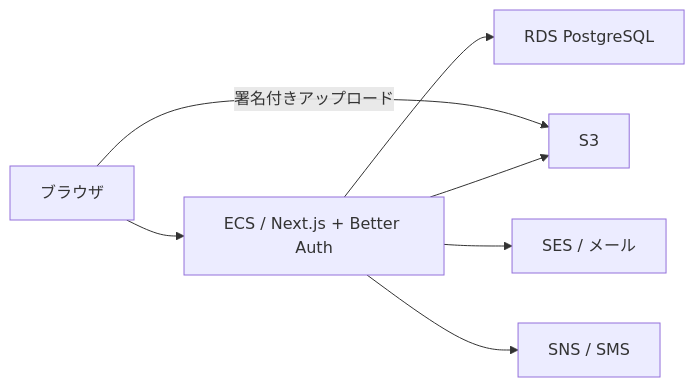
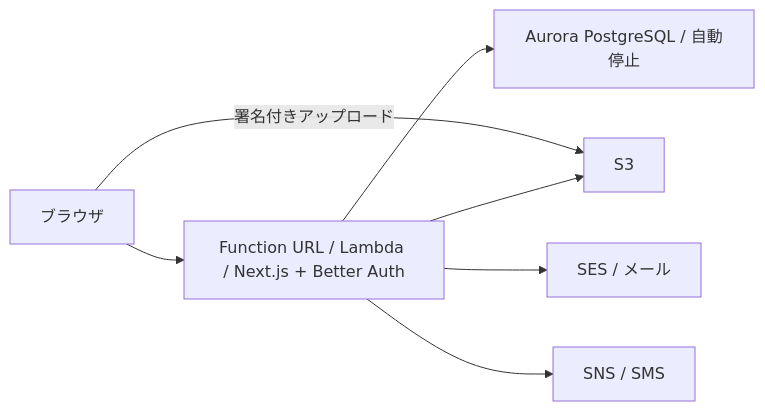
Before and after one commit to wavy535/oshikatsu-3dprint: the diagram in README.md, drawn with Mermaid. The commit also changed other lines of this file and 15 other files, not shown here.

Commit message:
feat: prepare Next.js for Lambda and Aurora auto-pause

````diff
--- a/README.md
+++ b/README.md
@@ -584,9 +584,9 @@
 ```mermaid
 flowchart LR
-    browser[ブラウザ] --> app[ECS / Next.js + Better Auth]
-    app --> db[RDS PostgreSQL]
+    browser[ブラウザ] --> app[Function URL / Lambda / Next.js + Better Auth]
+    app --> db[Aurora PostgreSQL / 自動停止]
     browser -->|署名付きアップロード| files[S3]
     app --> files
     app --> mail[SES / メール]
     app --> sms[SNS / SMS]
 ```
````
